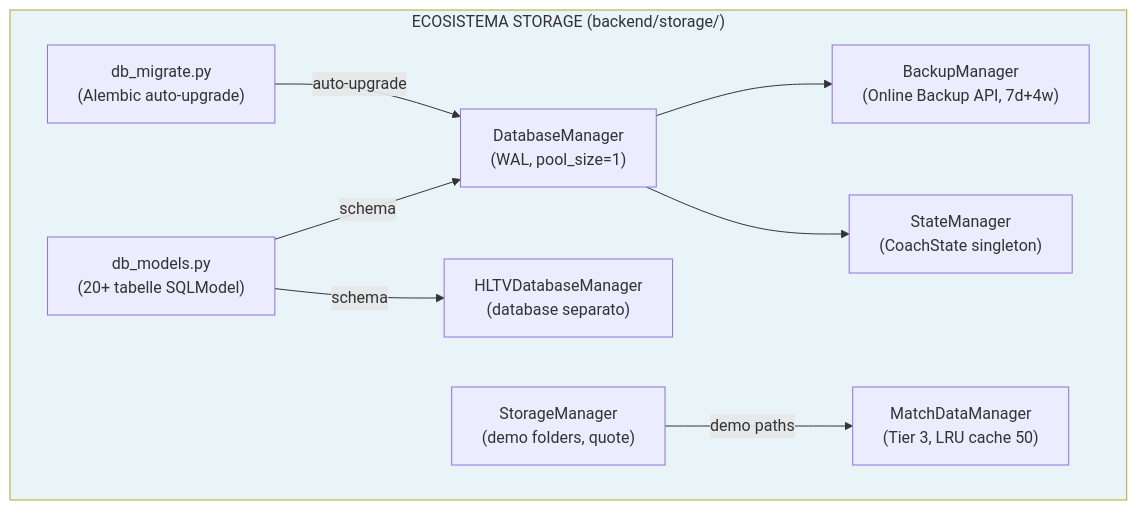
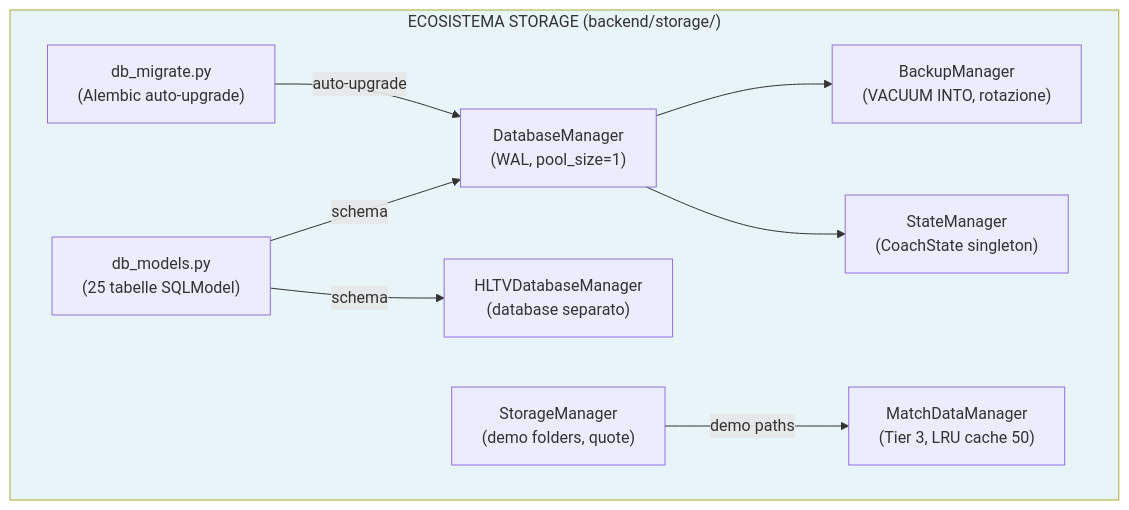
Diagram 42 of 49 in docs/books/Book-Coach-2.md (renanaugustomacena-ux/Counter-Strike-coach-AI), drawn with Mermaid before and after one commit. The commit also changed other lines of this file and 4 other files, not shown here.

````diff
--- a/docs/books/Book-Coach-2.md
+++ b/docs/books/Book-Coach-2.md
@@ -2122,21 +2103,21 @@
 ```mermaid
 flowchart TB
     subgraph STORAGE["ECOSISTEMA STORAGE (backend/storage/)"]
         DBM["DatabaseManager<br/>(WAL, pool_size=1)"]
         HLTV_DBM["HLTVDatabaseManager<br/>(database separato)"]
         MDM["MatchDataManager<br/>(Tier 3, LRU cache 50)"]
-        BM["BackupManager<br/>(Online Backup API, 7d+4w)"]
+        BM["BackupManager<br/>(VACUUM INTO, rotazione)"]
         SM["StorageManager<br/>(demo folders, quote)"]
         STM["StateManager<br/>(CoachState singleton)"]
-        MODELS["db_models.py<br/>(20+ tabelle SQLModel)"]
+        MODELS["db_models.py<br/>(25 tabelle SQLModel)"]
         MIG["db_migrate.py<br/>(Alembic auto-upgrade)"]
     end
     MODELS -->|"schema"| DBM
     MODELS -->|"schema"| HLTV_DBM
     DBM --> BM
     DBM --> STM
     MIG -->|"auto-upgrade"| DBM
     SM -->|"demo paths"| MDM
 
     style STORAGE fill:#e8f4f8
 ```
````
